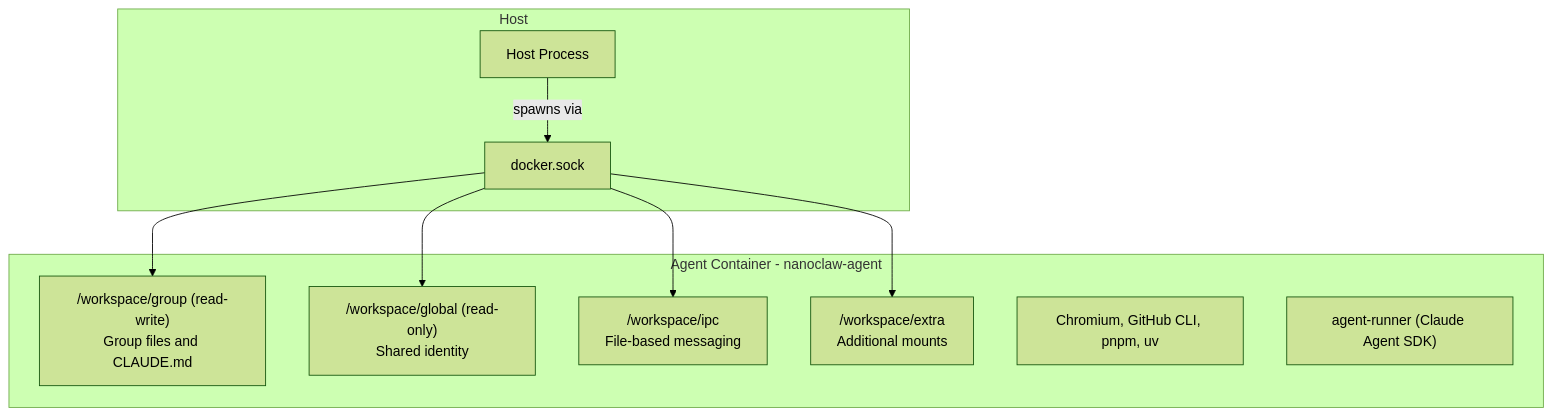
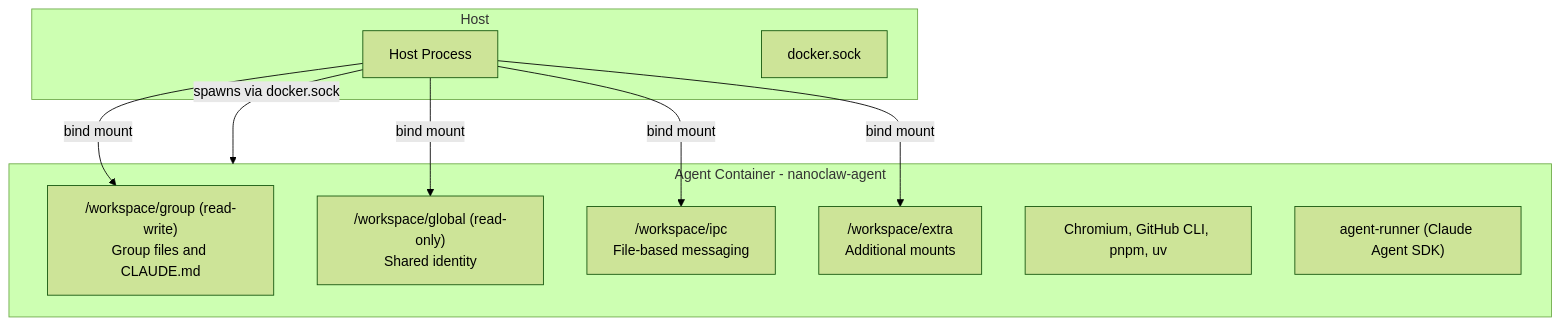
The third of 3 diagrams in README.md (trevorWieland/nanoclaw), drawn with Mermaid (forest theme) before and after one commit. The commit also changed 1 other file, not shown here.

Commit message:
fix: address review comments on PR #67
- Fix Channel interface methods in ARCHITECTURE.md to match src/types.ts
  (setTyping, syncGroups, purgeMessages, sendEmbed — not getChats, purge, start)
- Fix SQLite default path from DATA_DIR/store to <PROJECT_ROOT>/store
  and document NANOCLAW_STORE_DIR override
- Fix container diagram arrows: mounts come from host process bind mounts,
  not from docker.sock directly

````diff
--- a/README.md
+++ b/README.md
@@ -136,23 +136,23 @@
 ```mermaid
 graph TD
     subgraph Host
         HP[Host Process]
         DSOCK[docker.sock]
     end
 
-    HP -->|spawns via| DSOCK
+    HP -->|"spawns via docker.sock"| AC
 
-    subgraph Agent Container - nanoclaw-agent
+    subgraph AC[Agent Container - nanoclaw-agent]
         WG["/workspace/group (read-write)<br/>Group files and CLAUDE.md"]
         WGL["/workspace/global (read-only)<br/>Shared identity"]
         WIPC["/workspace/ipc<br/>File-based messaging"]
         WEX["/workspace/extra<br/>Additional mounts"]
         TOOLS["Chromium, GitHub CLI, pnpm, uv"]
         SDK["agent-runner (Claude Agent SDK)"]
     end
 
-    DSOCK --> WG
-    DSOCK --> WGL
-    DSOCK --> WIPC
-    DSOCK --> WEX
+    HP -->|"bind mount"| WG
+    HP -->|"bind mount"| WGL
+    HP -->|"bind mount"| WIPC
+    HP -->|"bind mount"| WEX
 ```
````
